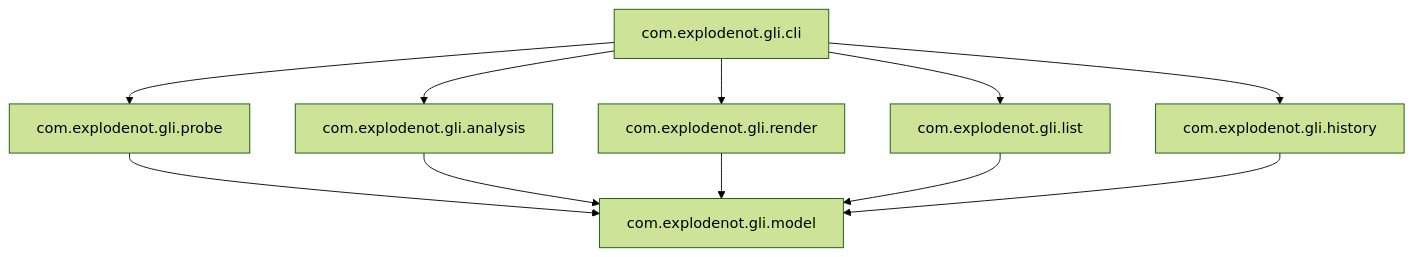
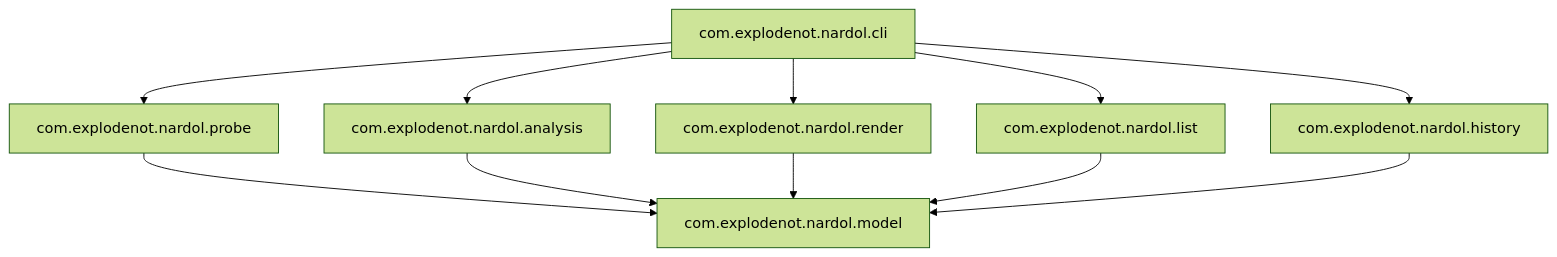
The third of 15 diagrams in TECHNICAL.md (explodenot/Nardol), drawn with Mermaid (forest theme) before and after one commit. The commit also changed other lines of this file and 72 other files, not shown here.

Commit message:
chore: update package declarations and references to com.explodenot.nardol

````diff
--- a/TECHNICAL.md
+++ b/TECHNICAL.md
@@ -68,13 +68,13 @@
 ```mermaid
 flowchart TB
-    P_CLI["com.explodenot.gli.cli"] --> P_PROBE["com.explodenot.gli.probe"]
-    P_CLI --> P_LIST["com.explodenot.gli.list"]
-    P_CLI --> P_ANALYSIS["com.explodenot.gli.analysis"]
-    P_CLI --> P_HISTORY["com.explodenot.gli.history"]
-    P_CLI --> P_RENDER["com.explodenot.gli.render"]
-    P_PROBE --> P_MODEL["com.explodenot.gli.model"]
+    P_CLI["com.explodenot.nardol.cli"] --> P_PROBE["com.explodenot.nardol.probe"]
+    P_CLI --> P_LIST["com.explodenot.nardol.list"]
+    P_CLI --> P_ANALYSIS["com.explodenot.nardol.analysis"]
+    P_CLI --> P_HISTORY["com.explodenot.nardol.history"]
+    P_CLI --> P_RENDER["com.explodenot.nardol.render"]
+    P_PROBE --> P_MODEL["com.explodenot.nardol.model"]
     P_ANALYSIS --> P_MODEL
     P_RENDER --> P_MODEL
     P_LIST --> P_MODEL
     P_HISTORY --> P_MODEL
 ```
````
